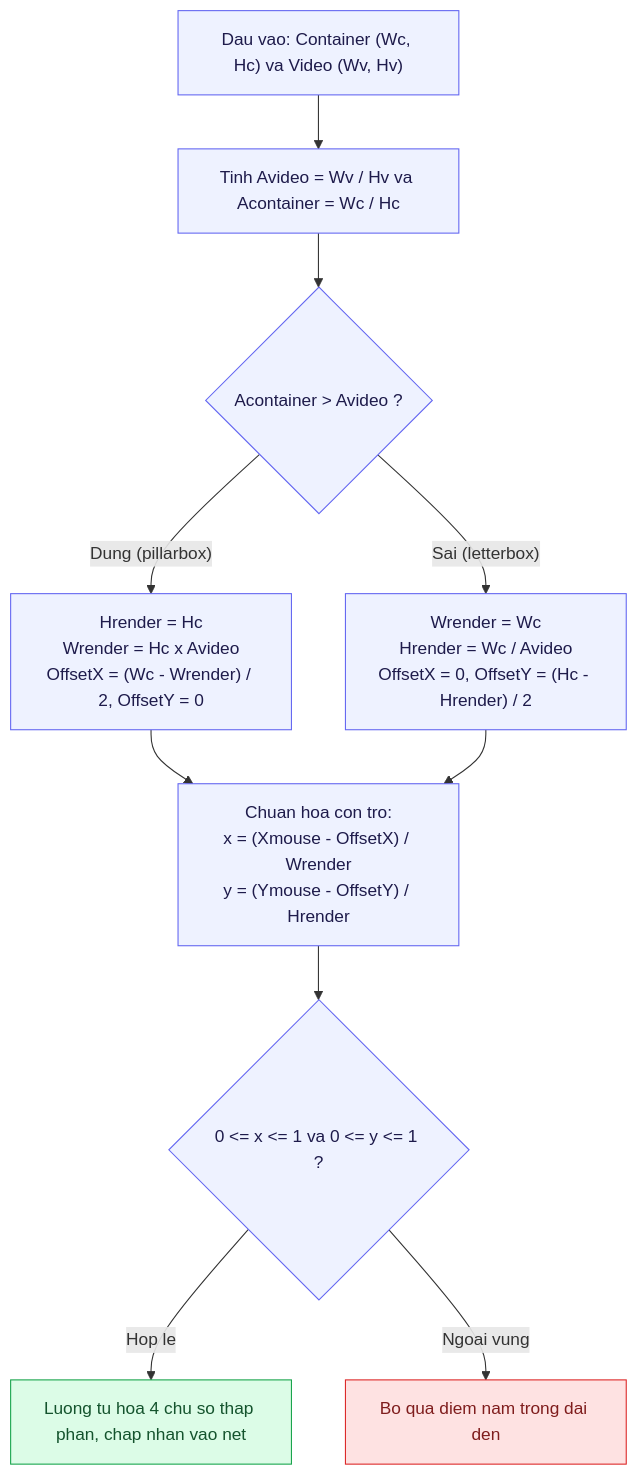
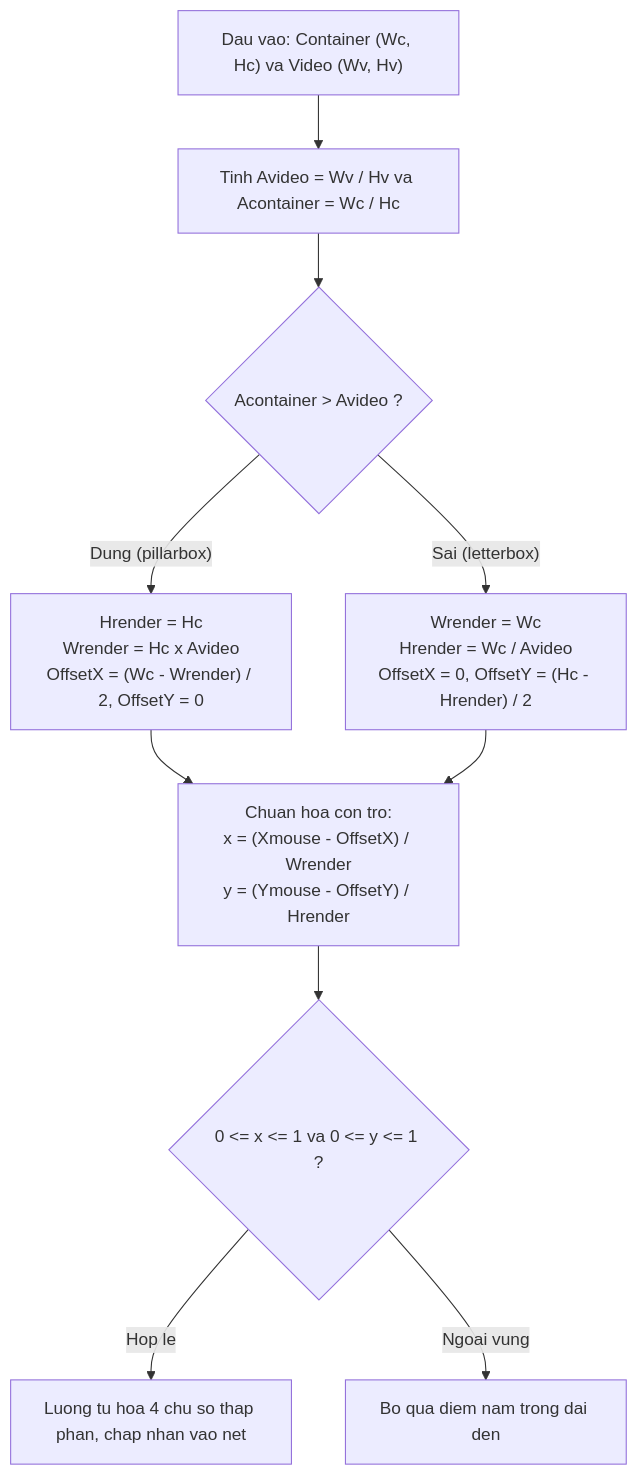
The tenth of 13 diagrams in docs/proposals/m5-board.md (Lightning1507/CoLearnia), drawn with Mermaid before and after one commit. The commit also changed other lines of this file, not shown here.

Commit message:
docs(board): align detailed design with mongodb standards and match m1-m4 diagram styling

````diff
--- a/docs/proposals/m5-board.md
+++ b/docs/proposals/m5-board.md
@@ -814,20 +770,12 @@
 ```mermaid
 flowchart TD
   Input["Dau vao: Container (Wc, Hc) va Video (Wv, Hv)"] --> Calc["Tinh Avideo = Wv / Hv va Acontainer = Wc / Hc"]
   Calc --> Check{"Acontainer > Avideo ?"}
   Check -- "Dung (pillarbox)" --> Pillar["Hrender = Hc<br/>Wrender = Hc x Avideo<br/>OffsetX = (Wc - Wrender) / 2, OffsetY = 0"]
   Check -- "Sai (letterbox)" --> Letter["Wrender = Wc<br/>Hrender = Wc / Avideo<br/>OffsetX = 0, OffsetY = (Hc - Hrender) / 2"]
   Pillar --> Norm["Chuan hoa con tro:<br/>x = (Xmouse - OffsetX) / Wrender<br/>y = (Ymouse - OffsetY) / Hrender"]
   Letter --> Norm
   Norm --> InBounds{"0 <= x <= 1 va 0 <= y <= 1 ?"}
   InBounds -- "Hop le" --> Accept["Luong tu hoa 4 chu so thap phan, chap nhan vao net"]
   InBounds -- "Ngoai vung" --> Discard["Bo qua diem nam trong dai den"]
-
-  classDef step fill:#EEF2FF,stroke:#6366F1,color:#1E1B4B
-  classDef ok fill:#DCFCE7,stroke:#16A34A,color:#14532D
-  classDef deny fill:#FEE2E2,stroke:#DC2626,color:#7F1D1D
-
-  class Input,Calc,Check,Pillar,Letter,Norm,InBounds step
-  class Accept ok
-  class Discard deny
 ```
````
